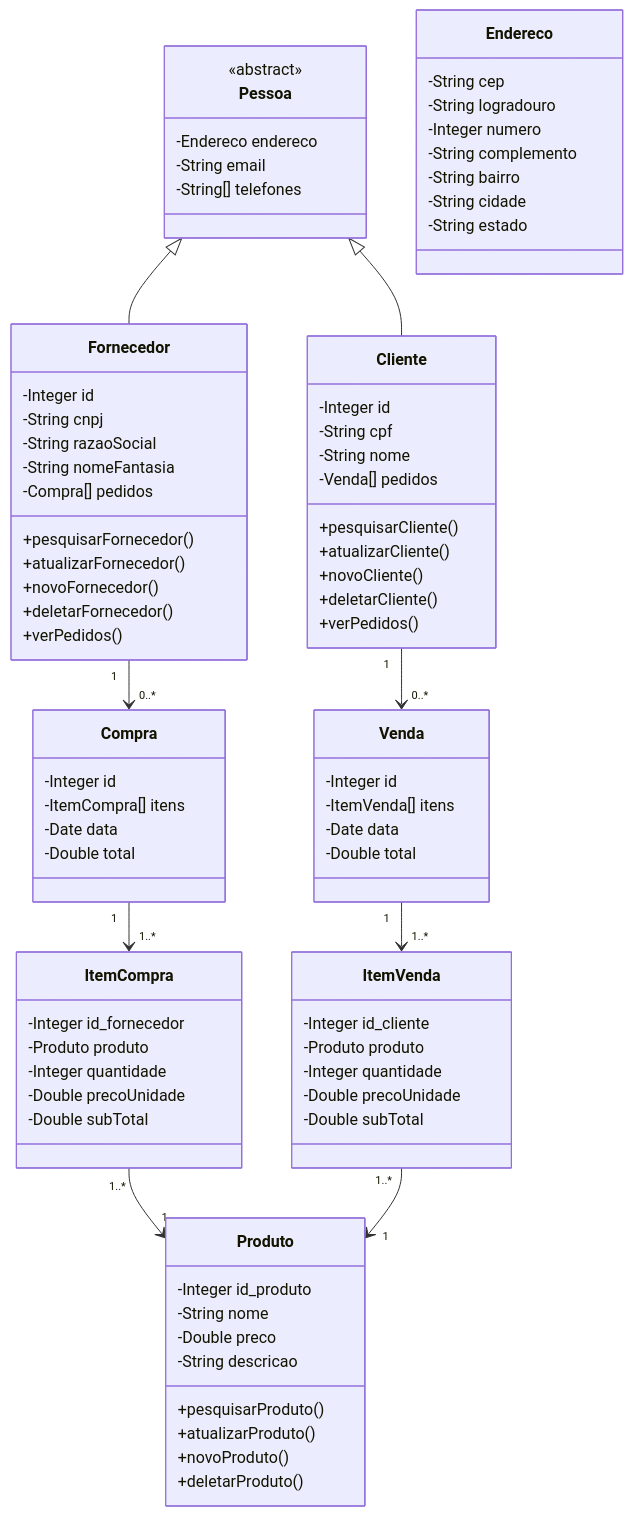
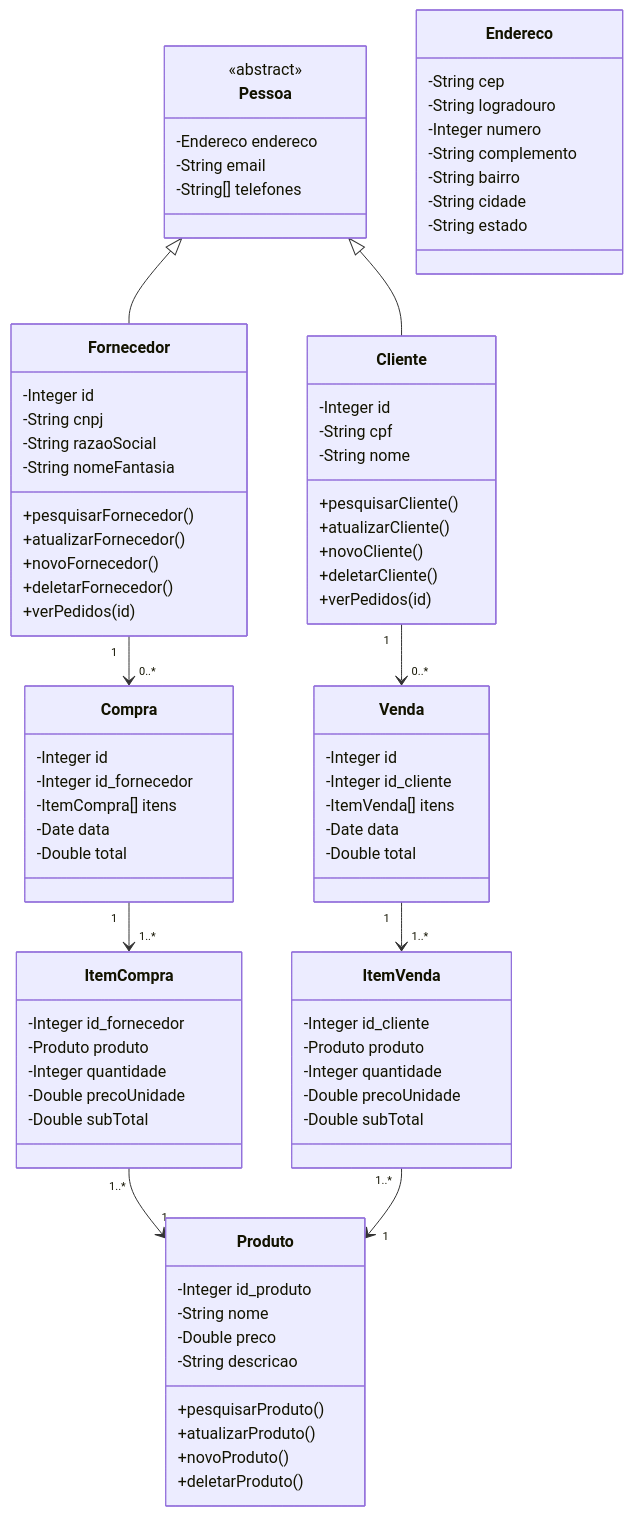
The diagram in planning/classDiagram.mmd (digaoes94/trabalhoSQL), drawn with Mermaid before and after one commit. The commit also changed 4 other files, not shown here.

Commit message:
Updated Fornecedor and Client classes, as well as diagram images

```diff
--- a/planning/classDiagram.mmd
+++ b/planning/classDiagram.mmd
@@ -1,100 +1,100 @@
 classDiagram
     class Pessoa {
         <<abstract>>
         -Endereco endereco
         -String email
         -String[] telefones
     }
 
     class Fornecedor {
         -Integer id
         -String cnpj
         -String razaoSocial
         -String nomeFantasia
-        -Compra[] pedidos
 
         +pesquisarFornecedor()
         +atualizarFornecedor()
         +novoFornecedor()
         +deletarFornecedor()
-        +verPedidos()
+        +verPedidos(id)
     }
 
     class ItemCompra {
         -Integer id_fornecedor
         -Produto produto
         -Integer quantidade
         -Double precoUnidade
         -Double subTotal
     }
 
     class Compra {
         -Integer id
+        -Integer id_fornecedor
         -ItemCompra[] itens
         -Date data
         -Double total
     }
 
     class Cliente {
         -Integer id
         -String cpf
         -String nome
-        -Venda[] pedidos
         
         +pesquisarCliente()
         +atualizarCliente()
         +novoCliente()
         +deletarCliente()
-        +verPedidos()
+        +verPedidos(id)
     }
 
     class ItemVenda {
         -Integer id_cliente
         -Produto produto
         -Integer quantidade
         -Double precoUnidade
         -Double subTotal
     }
 
     class Venda {
         -Integer id
+        -Integer id_cliente
         -ItemVenda[] itens
         -Date data
         -Double total
     }
 
     class Produto {
         -Integer id_produto
         -String nome
         -Double preco
         -String descricao
 
         +pesquisarProduto()
         +atualizarProduto()
         +novoProduto()
         +deletarProduto()
     }
 
     %%-- seria interessante criar uma função autoCEP(String cep), mas teríamos de baixar as tabelas de CEP do IBGE --%%
     %%-- no caso essa função buscaria do CEP da pessoa e completaria automaticamente o Estado, Cidade, Bairro e Logradouro de Endereco  --%%
     class Endereco {
         -String cep
         -String logradouro
         -Integer numero
         -String complemento
         -String bairro
         -String cidade
         -String estado
     }
 
     Pessoa <|-- Fornecedor
     Pessoa <|-- Cliente
 
     Fornecedor "1" --> "0..*" Compra
     Compra "1" --> "1..*" ItemCompra
 
     Cliente "1" --> "0..*" Venda
     Venda "1" --> "1..*" ItemVenda
 
     ItemCompra "1..*" --> "1" Produto
     ItemVenda "1..*" --> "1" Produto
```
